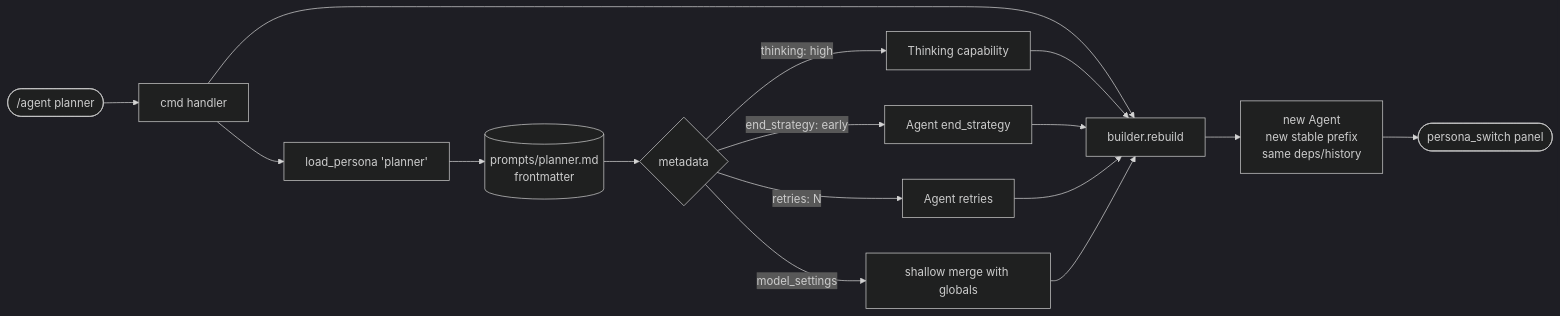
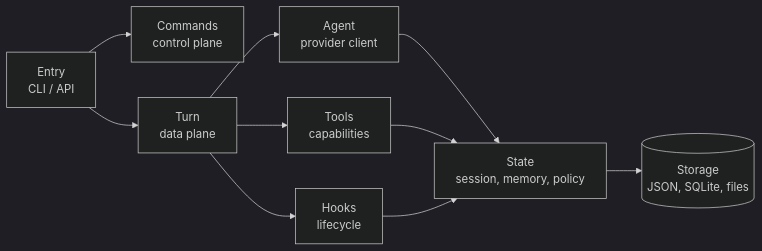
Before and after one commit to oornnery/harness-lab: the second of 2 diagrams in README.md, drawn with Mermaid (dark theme). The commit also changed other lines of this file, not shown here.

````diff
--- a/README.md
+++ b/README.md
@@ -166,18 +35,10 @@
 ```mermaid
 flowchart LR
-    U([/agent planner]) --> CMD[cmd handler]
-    CMD --> LP[load_persona 'planner']
-    LP --> MD[(prompts/planner.md<br/>frontmatter)]
-    MD --> META{metadata}
-    META -->|thinking: high| TH[Thinking capability]
-    META -->|end_strategy: early| ES[Agent end_strategy]
-    META -->|retries: N| RT[Agent retries]
-    META -->|model_settings| MS[shallow merge with globals]
-    CMD --> RB[builder.rebuild]
-    TH --> RB
-    ES --> RB
-    RT --> RB
-    MS --> RB
-    RB --> NEW[new Agent<br/>new stable prefix<br/>same deps/history]
-    NEW --> U2([persona_switch panel])
+    A[Entry<br/>CLI / API] --> B[Commands<br/>control plane]
+    A --> C[Turn<br/>data plane]
+    C --> D[Agent<br/>provider client]
+    C --> E[Tools<br/>capabilities]
+    C --> F[Hooks<br/>lifecycle]
+    D & E & F --> G[State<br/>session, memory, policy]
+    G --> H[(Storage<br/>JSON, SQLite, files)]
 ```
````
